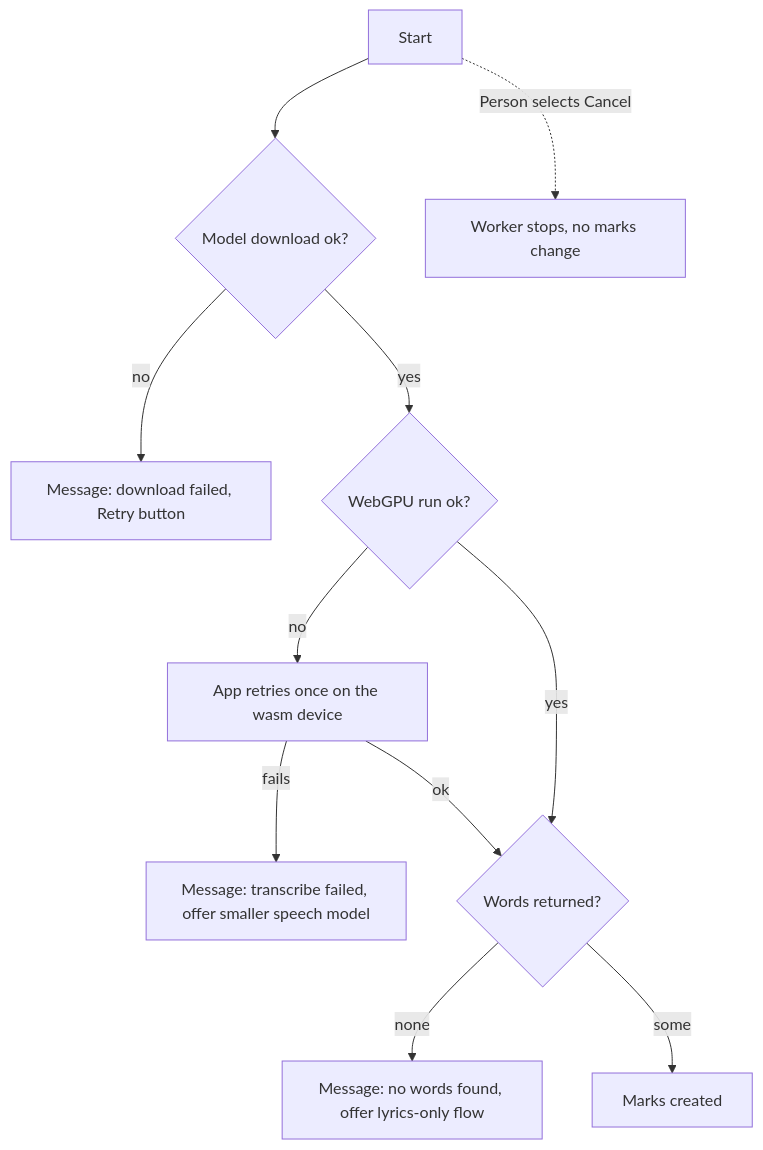
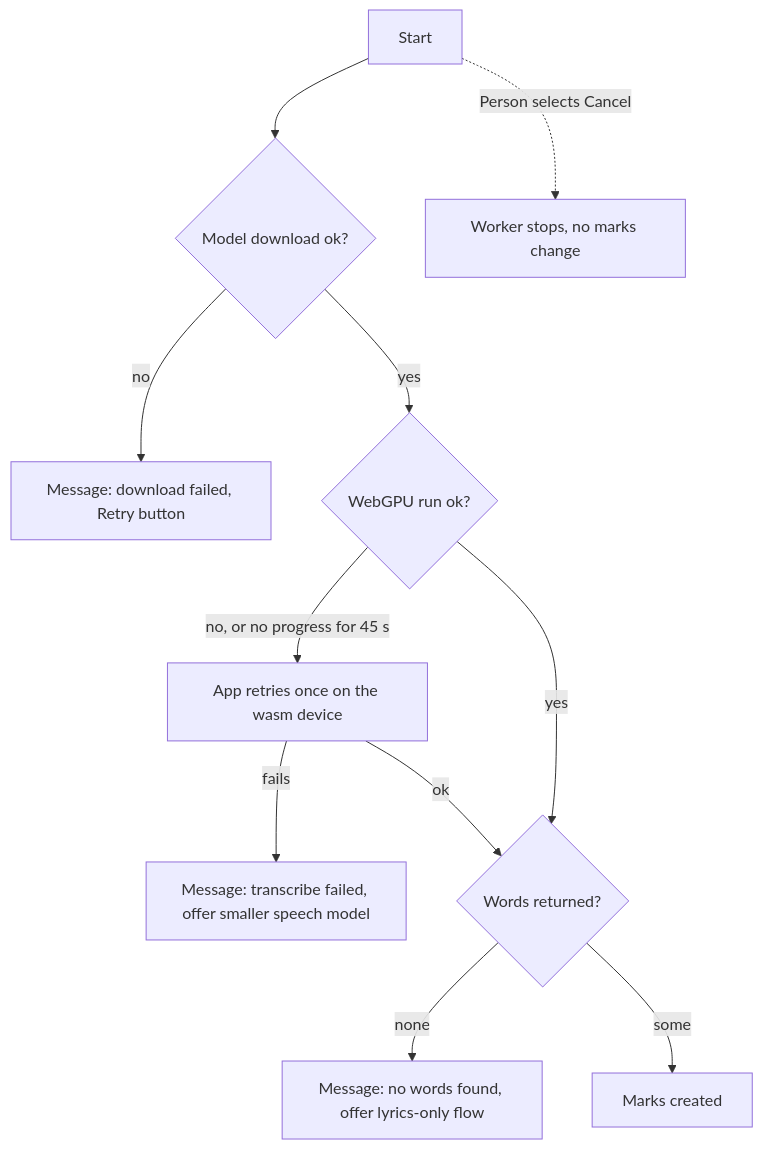
Before and after one commit to sniper7kills/xlights-singing-face-timing: the second of 2 diagrams in docs/specs/features/02-transcription.md, drawn with Mermaid. The commit also changed other lines of this file and 27 other files, not shown here.

````diff
--- a/docs/specs/features/02-transcription.md
+++ b/docs/specs/features/02-transcription.md
@@ -104,13 +104,13 @@
 ```mermaid
 flowchart TD
   A[Start] --> B{Model download ok?}
   B -- no --> E1[Message: download failed, Retry button]
   B -- yes --> C{WebGPU run ok?}
-  C -- no --> D[App retries once on the wasm device]
+  C -- no, or no progress for 45 s --> D[App retries once on the wasm device]
   D -- fails --> E2[Message: transcribe failed, offer smaller speech model]
   C -- yes --> F{Words returned?}
   D -- ok --> F
   F -- none --> E3[Message: no words found, offer lyrics-only flow]
   F -- some --> G[Marks created]
   A -. Person selects Cancel .-> H[Worker stops, no marks change]
 ```
````
